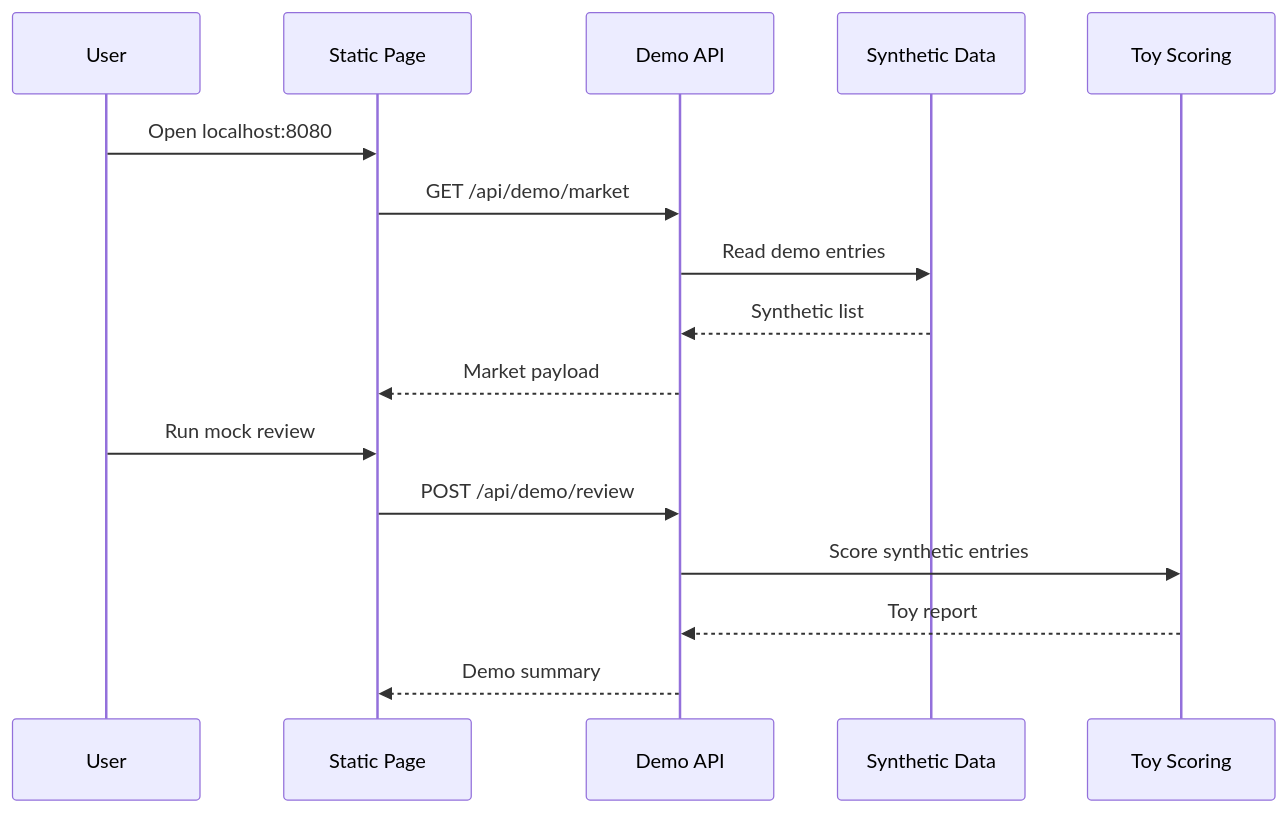
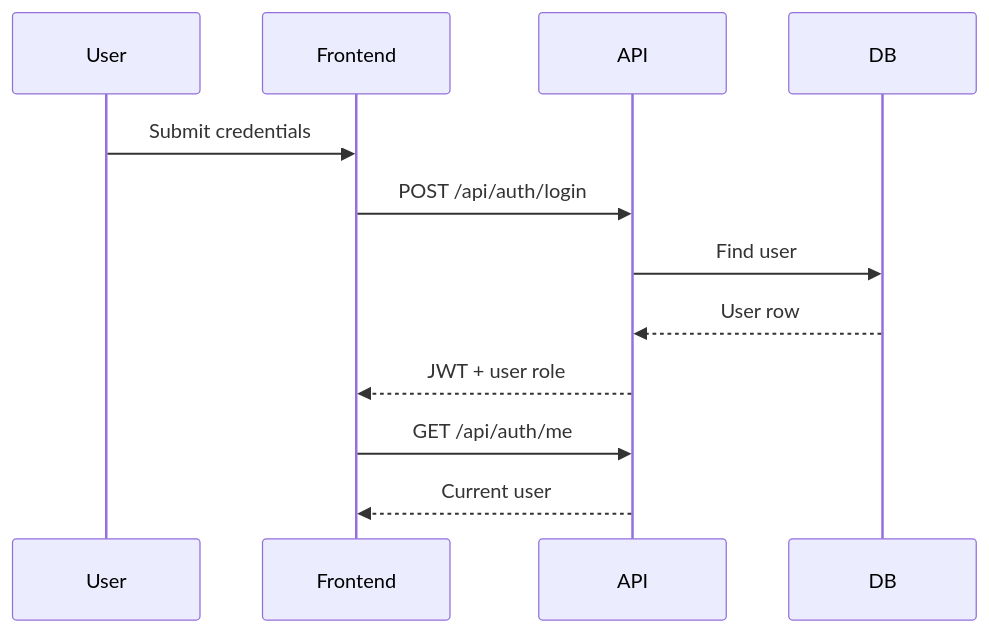
The third of 5 diagrams in docs/architecture.md (jinjinwa/upup-review-assistant), drawn with Mermaid before and after one commit. The commit also changed other lines of this file and 93 other files, not shown here.

````diff
--- a/docs/architecture.md
+++ b/docs/architecture.md
@@ -30,18 +30,14 @@
 ```mermaid
 sequenceDiagram
-  participant User
-  participant Page as Static Page
-  participant API as Demo API
-  participant Data as Synthetic Data
-  participant Score as Toy Scoring
-  User->>Page: Open localhost:8080
-  Page->>API: GET /api/demo/market
-  API->>Data: Read demo entries
-  Data-->>API: Synthetic list
-  API-->>Page: Market payload
-  User->>Page: Run mock review
-  Page->>API: POST /api/demo/review
-  API->>Score: Score synthetic entries
-  Score-->>API: Toy report
-  API-->>Page: Demo summary
+  participant U as User
+  participant F as Frontend
+  participant A as API
+  participant D as DB
+  U->>F: Submit credentials
+  F->>A: POST /api/auth/login
+  A->>D: Find user
+  D-->>A: User row
+  A-->>F: JWT + user role
+  F->>A: GET /api/auth/me
+  A-->>F: Current user
 ```
````
